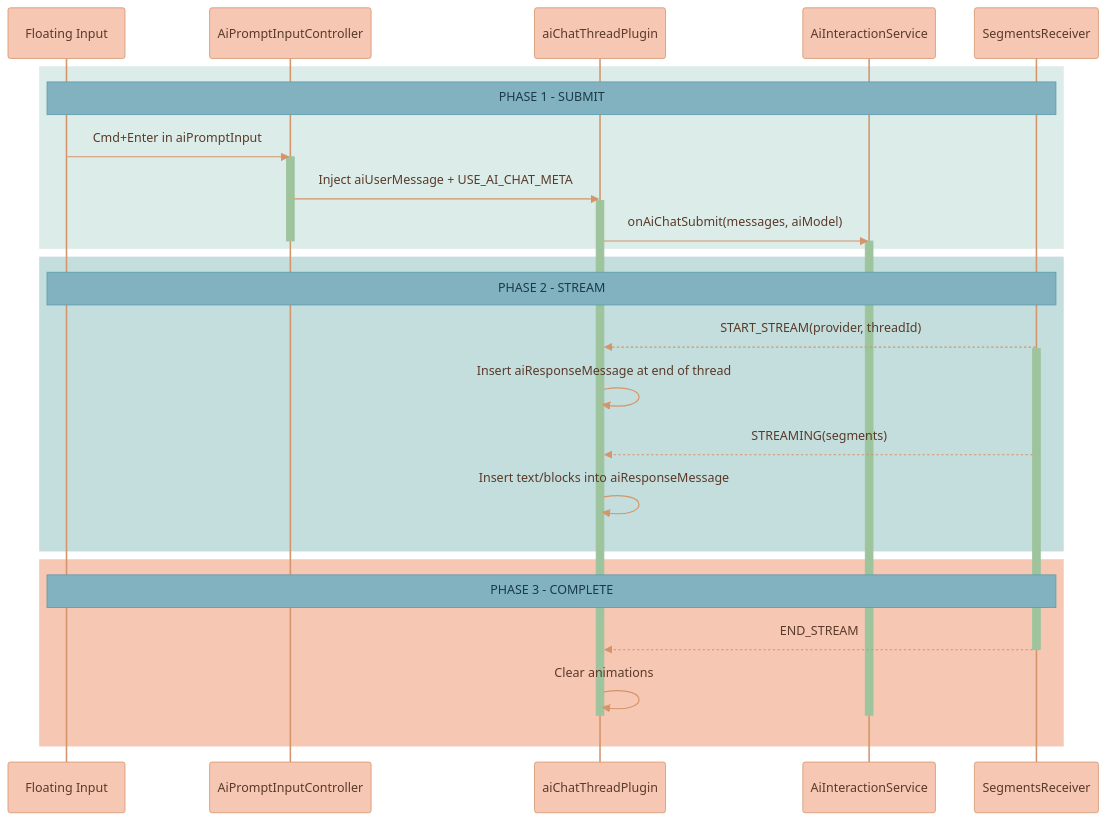
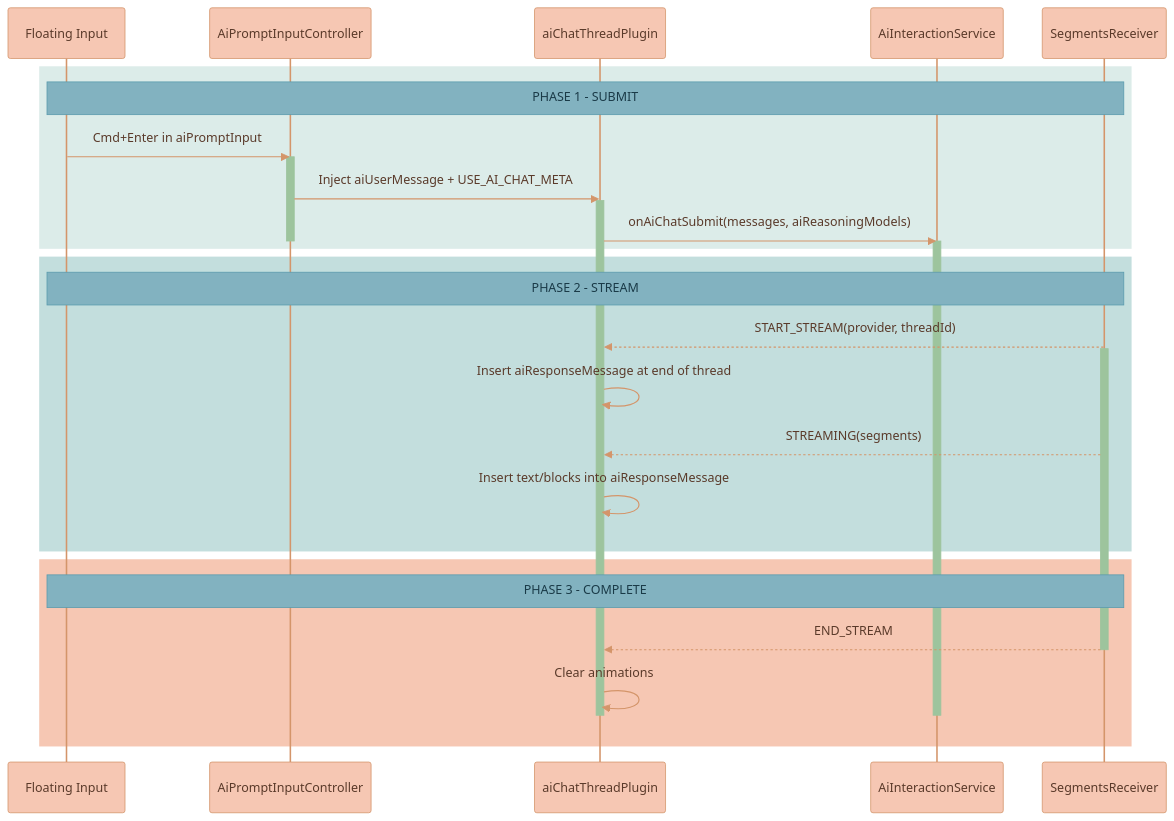
Before and after one commit to Lixpi/lixpi: the seventh of 8 diagrams in services/web-ui/src/components/proseMirror/README.md, drawn with Mermaid. The commit also changed other lines of this file and 28 other files, not shown here.

````diff
--- a/services/web-ui/src/components/proseMirror/README.md
+++ b/services/web-ui/src/components/proseMirror/README.md
@@ -325,44 +323,44 @@
 ```mermaid
 %%{init: {'theme': 'base', 'themeVariables': { 'noteBkgColor': '#82B2C0', 'noteTextColor': '#1a3a47', 'noteBorderColor': '#5a9aad', 'actorBkg': '#F6C7B3', 'actorBorder': '#d4956a', 'actorTextColor': '#5a3a2a', 'actorLineColor': '#d4956a', 'signalColor': '#d4956a', 'signalTextColor': '#5a3a2a', 'labelBoxBkgColor': '#F6C7B3', 'labelBoxBorderColor': '#d4956a', 'labelTextColor': '#5a3a2a', 'loopTextColor': '#5a3a2a', 'activationBorderColor': '#9DC49D', 'activationBkgColor': '#9DC49D', 'sequenceNumberColor': '#5a3a2a'}}}%%
 sequenceDiagram
   participant FI as Floating Input
   participant Ctrl as AiPromptInputController
   participant Plugin as aiChatThreadPlugin
   participant S as AiInteractionService
   participant SR as SegmentsReceiver
   %% ═══════════════════════════════════════════════════════════════
   %% PHASE 1: SUBMIT
   %% ═══════════════════════════════════════════════════════════════
   rect rgb(220, 236, 233)
       Note over FI, SR: PHASE 1 - SUBMIT
       FI->>Ctrl: Cmd+Enter in aiPromptInput
       activate Ctrl
       Ctrl->>Plugin: Inject aiUserMessage + USE_AI_CHAT_META
       activate Plugin
-      Plugin->>S: onAiChatSubmit(messages, aiModel)
+      Plugin->>S: onAiChatSubmit(messages, aiReasoningModels)
       activate S
       deactivate Ctrl
   end
   %% ═══════════════════════════════════════════════════════════════
   %% PHASE 2: STREAM
   %% ═══════════════════════════════════════════════════════════════
   rect rgb(195, 222, 221)
       Note over FI, SR: PHASE 2 - STREAM
       SR-->>Plugin: START_STREAM(provider, threadId)
       activate SR
       Plugin->>Plugin: Insert aiResponseMessage at end of thread
       SR-->>Plugin: STREAMING(segments)
       Plugin->>Plugin: Insert text/blocks into aiResponseMessage
   end
   %% ═══════════════════════════════════════════════════════════════
   %% PHASE 3: COMPLETE
   %% ═══════════════════════════════════════════════════════════════
   rect rgb(246, 199, 179)
       Note over FI, SR: PHASE 3 - COMPLETE
       SR-->>Plugin: END_STREAM
       deactivate SR
       Plugin->>Plugin: Clear animations
       deactivate S
       deactivate Plugin
   end
 ```
````
